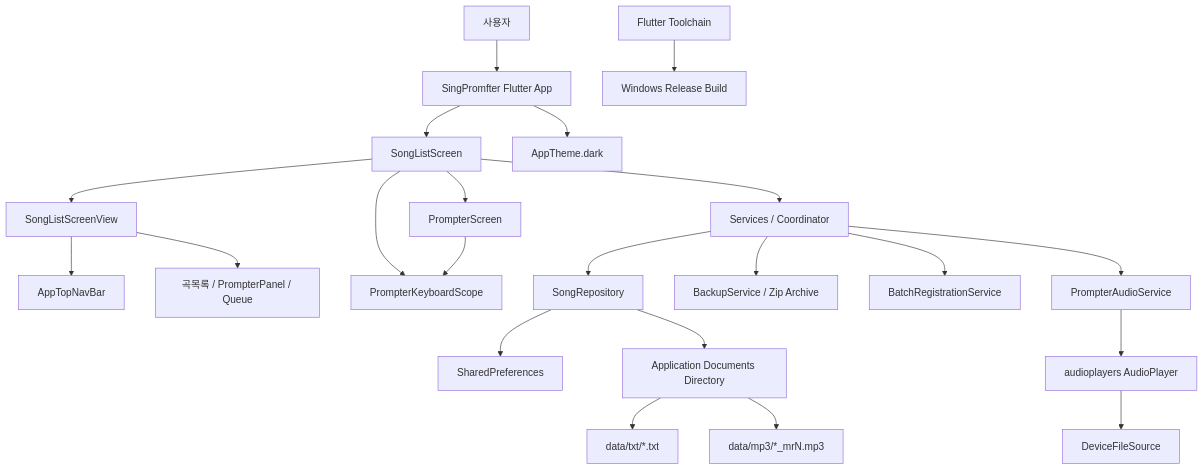
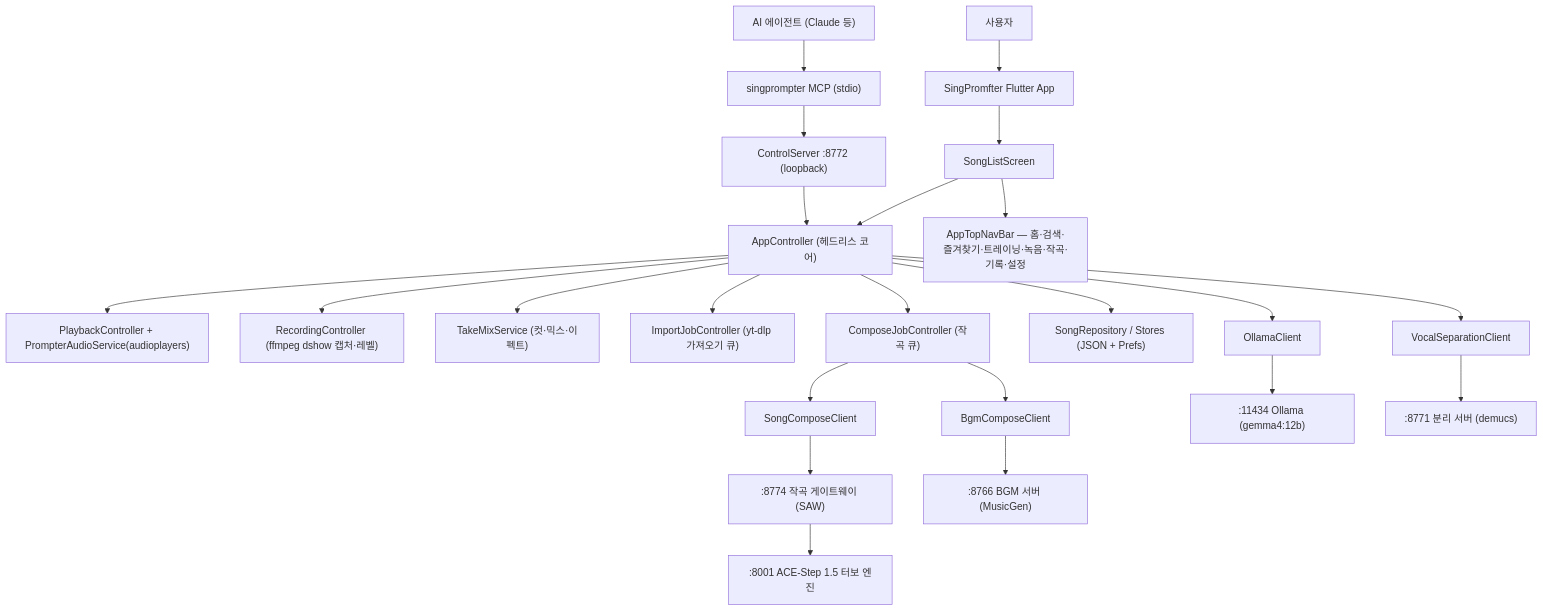
One commit to kuroicode-beep/SingPromfter changed the diagram in docs/outline-wiki/singpromfter-architecture.md. Above: the diagram before and after it, drawn with Mermaid. The commit also changed other lines of this file and 10 other files, not shown here.

````diff
--- a/docs/outline-wiki/singpromfter-architecture.md
+++ b/docs/outline-wiki/singpromfter-architecture.md
@@ -13,24 +14,25 @@
 ```mermaid
 flowchart TD
   User["사용자"] --> App["SingPromfter Flutter App"]
+  Agent["AI 에이전트 (Claude 등)"] --> MCP["singprompter MCP (stdio)"]
+  MCP --> Ctrl["ControlServer :8772 (loopback)"]
+  Ctrl --> AC["AppController (헤드리스 코어)"]
   App --> Main["SongListScreen"]
-  Main --> View["SongListScreenView"]
-  View --> TopNav["AppTopNavBar"]
-  View --> Panels["곡목록 / PrompterPanel / Queue"]
-  Main --> Keyboard["PrompterKeyboardScope"]
-  Main --> Prompter["PrompterScreen"]
-  Prompter --> Keyboard
-  Main --> Services["Services / Coordinator"]
-  Services --> Repo["SongRepository"]
-  Repo --> Prefs["SharedPreferences"]
-  Repo --> Docs["Application Documents Directory"]
-  Docs --> Txt["data/txt/*.txt"]
-  Docs --> Mp3["data/mp3/*_mrN.mp3"]
-  Services --> Backup["BackupService / Zip Archive"]
-  Services --> Batch["BatchRegistrationService"]
-  Services --> Audio["PrompterAudioService"]
-  Audio --> Player["audioplayers AudioPlayer"]
-  Player --> DeviceFile["DeviceFileSource"]
-  App --> Theme["AppTheme.dark"]
-  Flutter["Flutter Toolchain"] --> Builds["Windows Release Build"]
+  Main --> TopNav["AppTopNavBar — 홈·검색·즐겨찾기·트레이닝·녹음·작곡·기록·설정"]
+  Main --> AC
+  AC --> Play["PlaybackController + PrompterAudioService(audioplayers)"]
+  AC --> Rec["RecordingController (ffmpeg dshow 캡처·레벨)"]
+  AC --> Mix["TakeMixService (컷·믹스·이펙트)"]
+  AC --> ImportQ["ImportJobController (yt-dlp 가져오기 큐)"]
+  AC --> ComposeQ["ComposeJobController (작곡 큐)"]
+  AC --> Repo["SongRepository / Stores (JSON + Prefs)"]
+  ComposeQ --> SC["SongComposeClient"]
+  ComposeQ --> BC["BgmComposeClient"]
+  AC --> OL["OllamaClient"]
+  AC --> Sep["VocalSeparationClient"]
+  SC --> GW[":8774 작곡 게이트웨이 (SAW)"]
+  GW --> ACE[":8001 ACE-Step 1.5 터보 엔진"]
+  BC --> BGM[":8766 BGM 서버 (MusicGen)"]
+  OL --> Ollama[":11434 Ollama (gemma4:12b)"]
+  Sep --> Demucs[":8771 분리 서버 (demucs)"]
 ```
````
